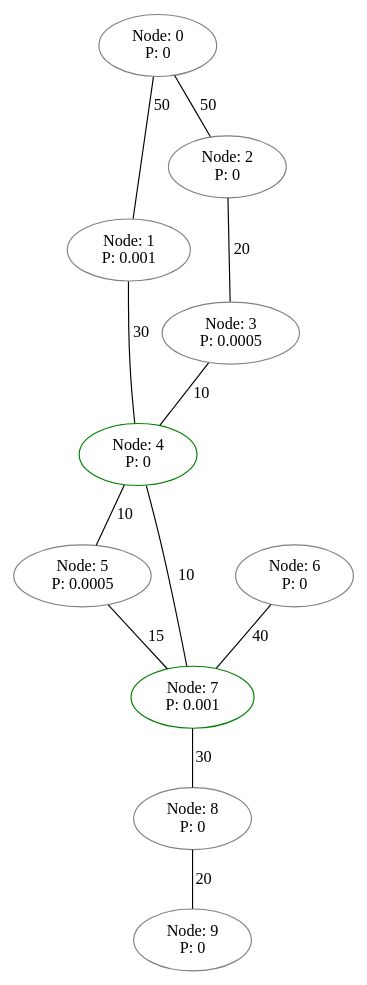
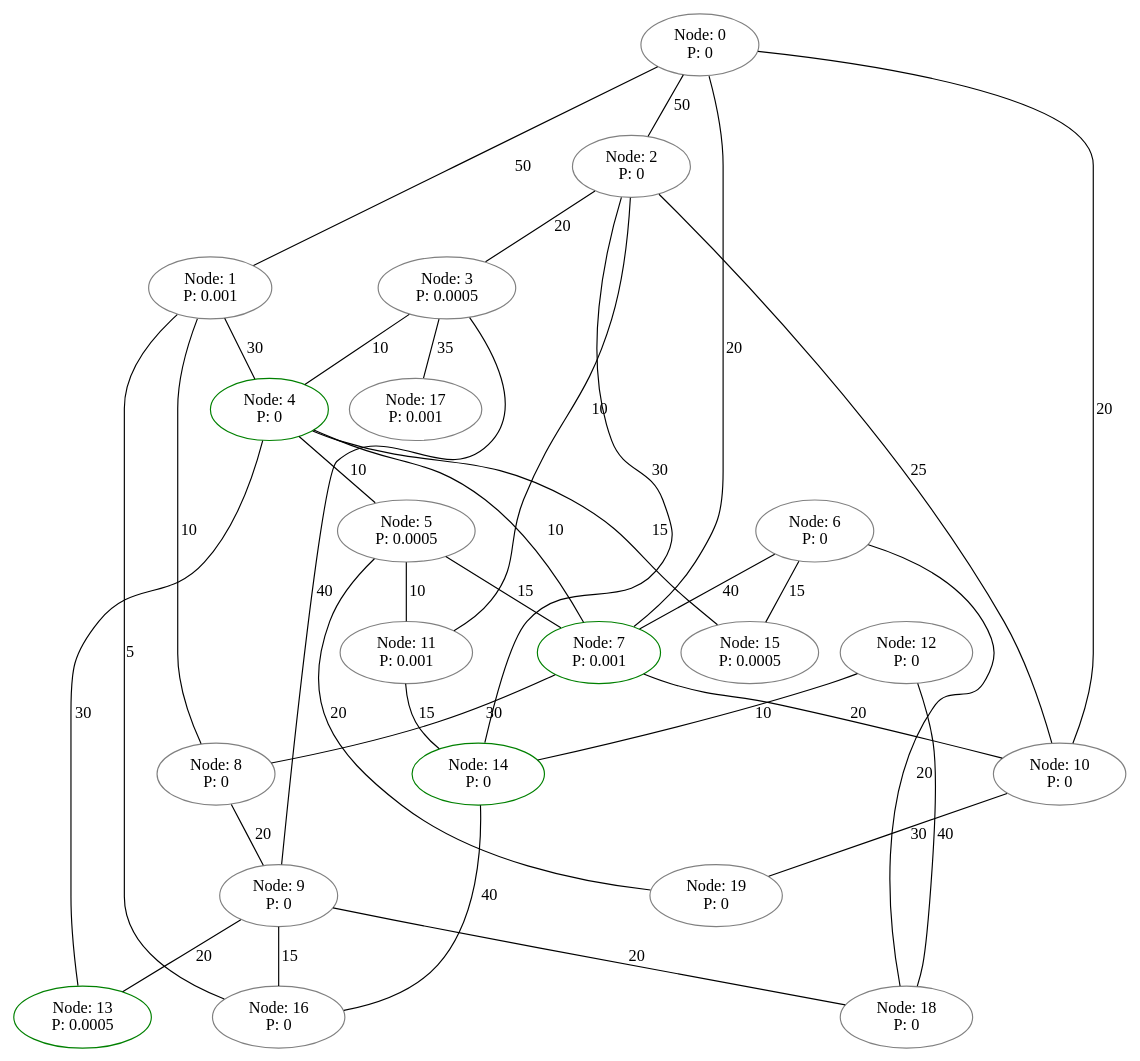
One commit to augustSoderberg/thesis changed the diagram in doctest-output/Map.gv. Above: the diagram before and after it, drawn with Graphviz. The commit also changed 101 other files, not shown here.

```diff
--- a/doctest-output/Map.gv
+++ b/doctest-output/Map.gv
@@ -1,33 +1,77 @@
 graph Map {
 	0 [label="Node: 0
 P: 0" color=grey]
 	1 [label="Node: 1
 P: 0.001" color=grey]
 	2 [label="Node: 2
 P: 0" color=grey]
 	3 [label="Node: 3
 P: 0.0005" color=grey]
 	4 [label="Node: 4
 P: 0" color=green]
 	5 [label="Node: 5
 P: 0.0005" color=grey]
 	6 [label="Node: 6
 P: 0" color=grey]
 	7 [label="Node: 7
 P: 0.001" color=green]
 	8 [label="Node: 8
 P: 0" color=grey]
 	9 [label="Node: 9
 P: 0" color=grey]
+	10 [label="Node: 10
+P: 0" color=grey]
+	11 [label="Node: 11
+P: 0.001" color=grey]
+	12 [label="Node: 12
+P: 0" color=grey]
+	13 [label="Node: 13
+P: 0.0005" color=green]
+	14 [label="Node: 14
+P: 0" color=green]
+	15 [label="Node: 15
+P: 0.0005" color=grey]
+	16 [label="Node: 16
+P: 0" color=grey]
+	17 [label="Node: 17
+P: 0.001" color=grey]
+	18 [label="Node: 18
+P: 0" color=grey]
+	19 [label="Node: 19
+P: 0" color=grey]
 	0 -- 1 [label=50]
 	0 -- 2 [label=50]
+	0 -- 7 [label=20]
+	0 -- 10 [label=20]
 	1 -- 4 [label=30]
+	1 -- 8 [label=10]
+	1 -- 16 [label=5]
 	2 -- 3 [label=20]
+	2 -- 10 [label=25]
+	2 -- 11 [label=10]
+	2 -- 14 [label=30]
 	3 -- 4 [label=10]
+	3 -- 9 [label=40]
+	3 -- 17 [label=35]
 	4 -- 5 [label=10]
 	4 -- 7 [label=10]
+	4 -- 13 [label=30]
+	4 -- 15 [label=15]
 	5 -- 7 [label=15]
+	5 -- 11 [label=10]
+	5 -- 19 [label=20]
 	6 -- 7 [label=40]
+	6 -- 15 [label=15]
+	6 -- 18 [label=20]
 	7 -- 8 [label=30]
+	7 -- 10 [label=20]
 	8 -- 9 [label=20]
+	9 -- 13 [label=20]
+	9 -- 16 [label=15]
+	9 -- 18 [label=20]
+	10 -- 19 [label=30]
+	11 -- 14 [label=15]
+	12 -- 14 [label=10]
+	12 -- 18 [label=40]
+	14 -- 16 [label=40]
 }
```
